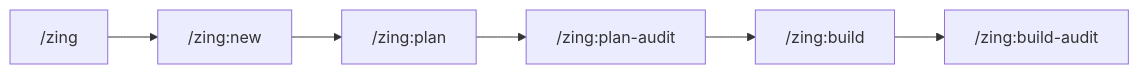
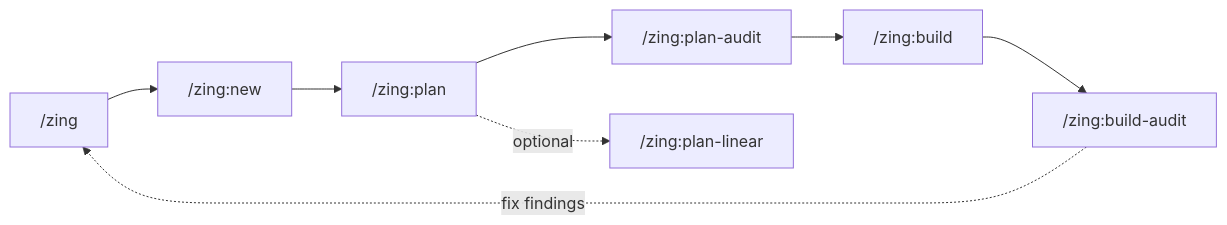
The first of 5 diagrams in README.md (Farmer-Pete/Zing), drawn with Mermaid before and after one commit.

Commit message:
Update primary pipeline diagram with Linear tickets and feedback loop

````diff
--- a/README.md
+++ b/README.md
@@ -232,8 +232,10 @@
 ```mermaid
 flowchart LR
     zing["/zing"] --> new["/zing:new"]
     new --> plan["/zing:plan"]
     plan --> planaudit["/zing:plan-audit"]
+    plan -.->|"optional"| planlinear["/zing:plan-linear"]
     planaudit --> build["/zing:build"]
     build --> buildaudit["/zing:build-audit"]
+    buildaudit -.->|"fix findings"| zing
 ```
````
